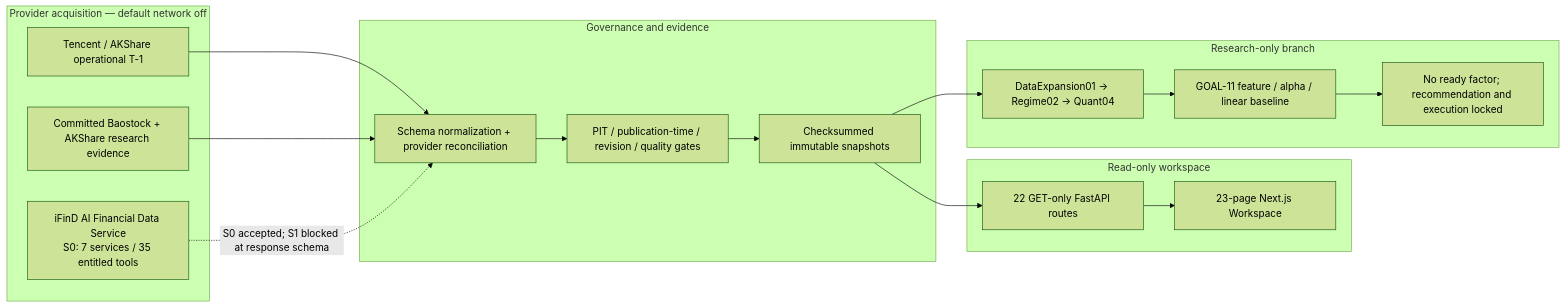
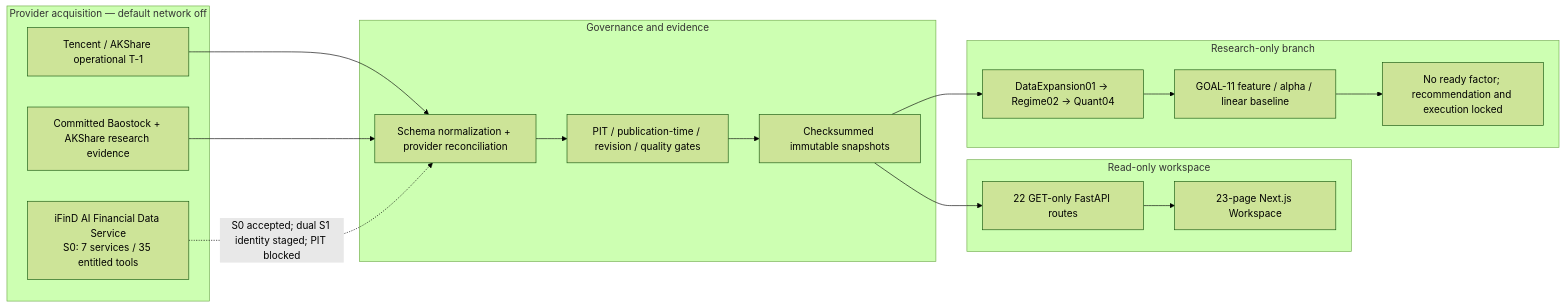
Before and after one commit to RyanLu0203/A_share_premarket_core: the first of 4 diagrams in README.md, drawn with Mermaid (forest theme). The commit also changed other lines of this file and 9 other files, not shown here.

Commit message:
docs: record dual-stock iFinD PIT block

````diff
--- a/README.md
+++ b/README.md
@@ -27,28 +27,28 @@
 ```mermaid
 flowchart LR
     subgraph P["Provider acquisition — default network off"]
         T["Tencent / AKShare operational T-1"]
         C["Committed Baostock + AKShare research evidence"]
         I["iFinD AI Financial Data Service\nS0: 7 services / 35 entitled tools"]
     end
     subgraph G["Governance and evidence"]
         N["Schema normalization + provider reconciliation"]
         Q["PIT / publication-time / revision / quality gates"]
         S["Checksummed immutable snapshots"]
     end
     subgraph W["Read-only workspace"]
         A["22 GET-only FastAPI routes"]
         U["23-page Next.js Workspace"]
     end
     subgraph R["Research-only branch"]
         D["DataExpansion01 → Regime02 → Quant04"]
         G11["GOAL-11 feature / alpha / linear baseline"]
         L["No ready factor; recommendation and execution locked"]
     end
 
     T --> N
     C --> N
-    I -. "S0 accepted; S1 blocked at response schema" .-> N
+    I -. "S0 accepted; dual S1 identity staged; PIT blocked" .-> N
     N --> Q --> S --> A --> U
     S --> D --> G11 --> L
 ```
````
